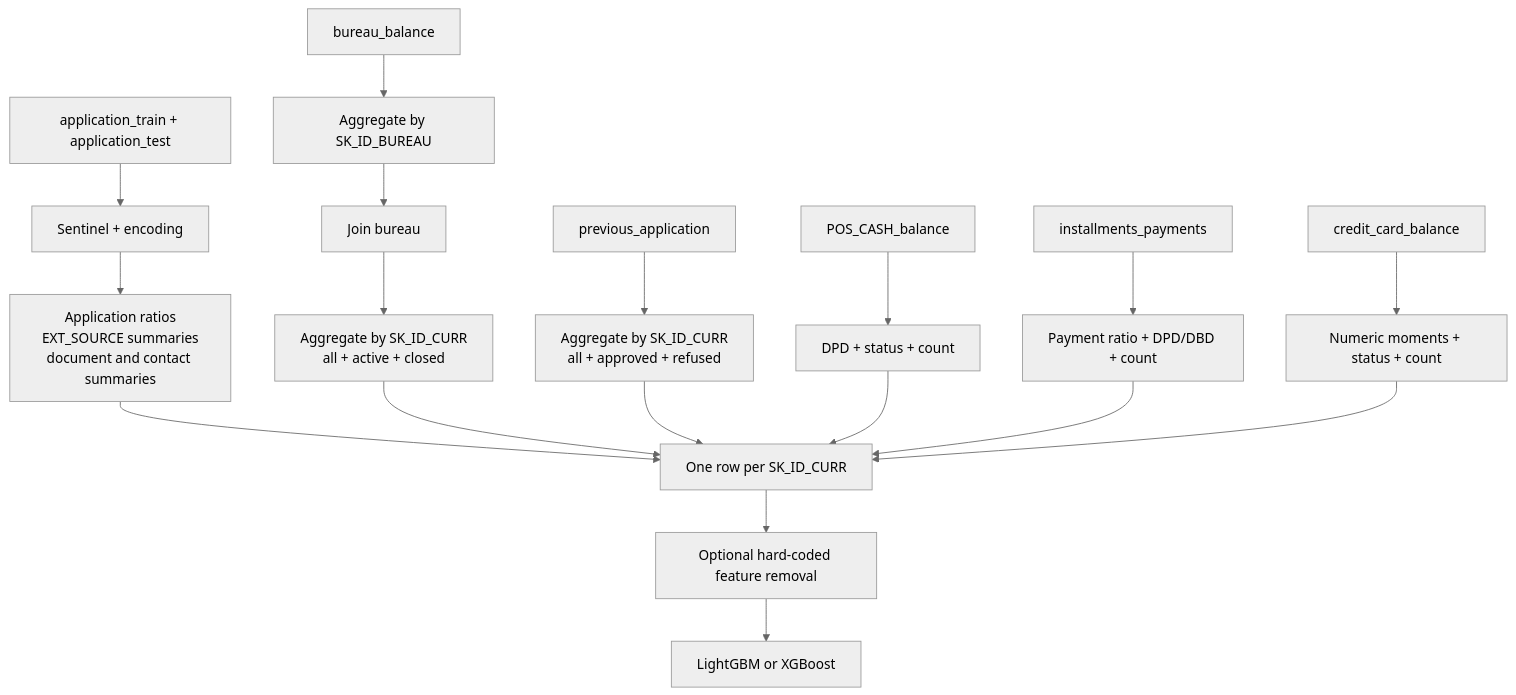
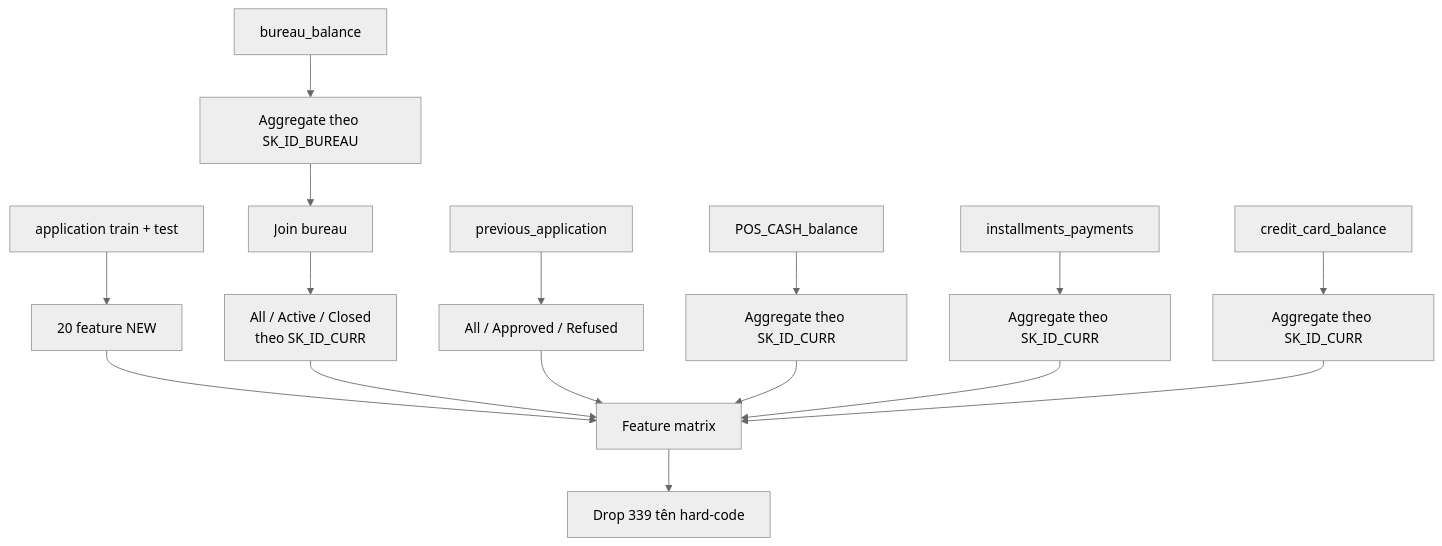
One commit to cycler04/CreditScoring changed the diagram in docs/03-competitions/home-credit-default-risk/feature-extraction/top-1-feature-extraction-from-leaderboard-notebooks.md. Above: the diagram before and after it, drawn with Mermaid (neutral theme). The commit also changed other lines of this file and 6 other files, not shown here.

````diff
--- a/docs/03-competitions/home-credit-default-risk/feature-extraction/top-1-feature-extraction-from-leaderboard-notebooks.md
+++ b/docs/03-competitions/home-credit-default-risk/feature-extraction/top-1-feature-extraction-from-leaderboard-notebooks.md
@@ -53,24 +28,19 @@
 ```mermaid
 flowchart TD
-    A[application_train + application_test]
-    A --> B[Sentinel + encoding]
-    B --> C[Application ratios<br/>EXT_SOURCE summaries<br/>document and contact summaries]
+    A[application train + test] --> B[20 feature NEW]
+    C[bureau_balance] --> D[Aggregate theo SK_ID_BUREAU]
+    D --> E[Join bureau]
+    E --> F[All / Active / Closed<br/>theo SK_ID_CURR]
+    G[previous_application] --> H[All / Approved / Refused]
+    I[POS_CASH_balance] --> J[Aggregate theo SK_ID_CURR]
+    K[installments_payments] --> L[Aggregate theo SK_ID_CURR]
+    M[credit_card_balance] --> N[Aggregate theo SK_ID_CURR]
 
-    D[bureau_balance] --> E[Aggregate by SK_ID_BUREAU]
-    E --> F[Join bureau]
-    F --> G[Aggregate by SK_ID_CURR<br/>all + active + closed]
-
-    H[previous_application] --> I[Aggregate by SK_ID_CURR<br/>all + approved + refused]
-    J[POS_CASH_balance] --> K[DPD + status + count]
-    L[installments_payments] --> M[Payment ratio + DPD/DBD + count]
-    N[credit_card_balance] --> O[Numeric moments + status + count]
-
-    C --> P[One row per SK_ID_CURR]
-    G --> P
-    I --> P
-    K --> P
-    M --> P
-    O --> P
-    P --> Q[Optional hard-coded feature removal]
-    Q --> R[LightGBM or XGBoost]
+    B --> O[Feature matrix]
+    F --> O
+    H --> O
+    J --> O
+    L --> O
+    N --> O
+    O --> P[Drop 339 tên hard-code]
 ```
````
